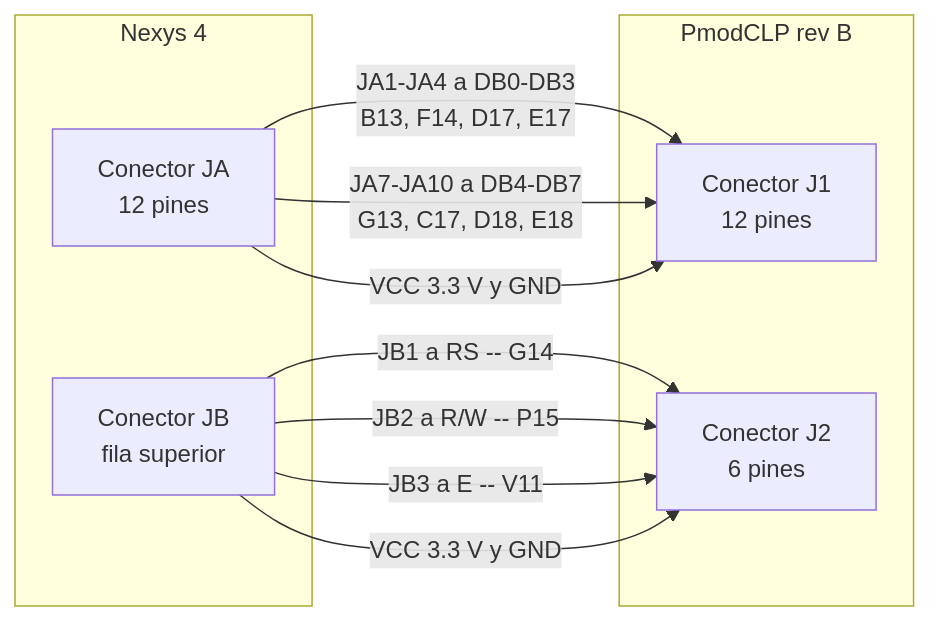
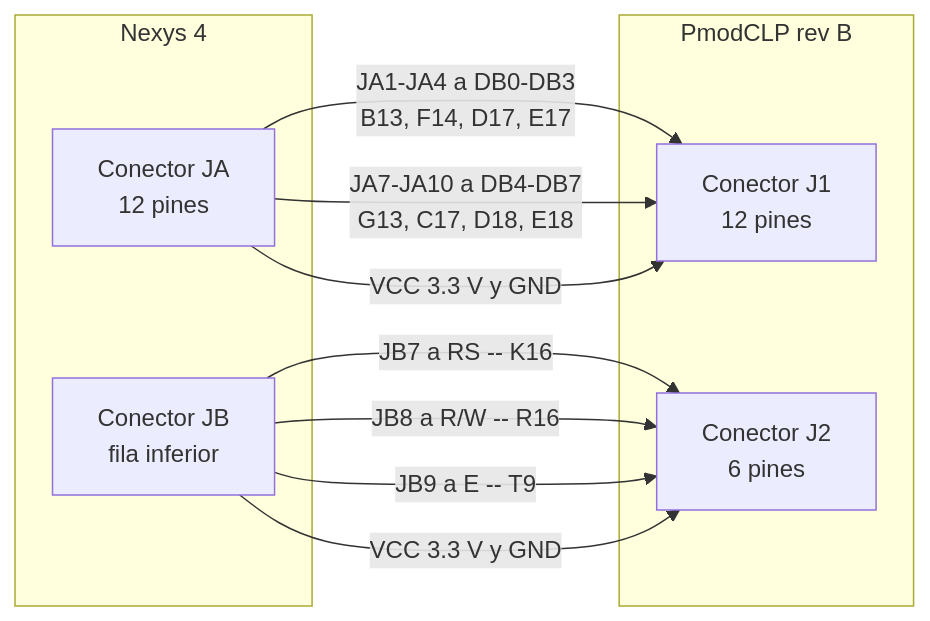
One commit to Jordis17/P2P changed the tenth of 15 diagrams in Ahorcado_juego_electrónico_FPGA_y_PC_por_enlace_serial/FPGA/DOCUMENTATION/planteamiento.md. Above: the diagram before and after it, drawn with Mermaid. The commit also changed other lines of this file and 2 other files, not shown here.

First line of the commit message:
fix(xdc): mover el control del LCD a la fila inferior del JB

````diff
--- a/Ahorcado_juego_electrónico_FPGA_y_PC_por_enlace_serial/FPGA/DOCUMENTATION/planteamiento.md
+++ b/Ahorcado_juego_electrónico_FPGA_y_PC_por_enlace_serial/FPGA/DOCUMENTATION/planteamiento.md
@@ -706,20 +706,20 @@
 ```mermaid
 flowchart LR
     subgraph NEXYS["Nexys 4"]
         JA["Conector JA<br/>12 pines"]
-        JB["Conector JB<br/>fila superior"]
+        JB["Conector JB<br/>fila inferior"]
     end
 
     subgraph PMOD["PmodCLP rev B"]
         J1["Conector J1<br/>12 pines"]
         J2["Conector J2<br/>6 pines"]
     end
 
     JA -->|"JA1-JA4 a DB0-DB3<br/>B13, F14, D17, E17"| J1
     JA -->|"JA7-JA10 a DB4-DB7<br/>G13, C17, D18, E18"| J1
-    JB -->|"JB1 a RS -- G14"| J2
-    JB -->|"JB2 a R/W -- P15"| J2
-    JB -->|"JB3 a E -- V11"| J2
+    JB -->|"JB7 a RS -- K16"| J2
+    JB -->|"JB8 a R/W -- R16"| J2
+    JB -->|"JB9 a E -- T9"| J2
     JA -->|"VCC 3.3 V y GND"| J1
     JB -->|"VCC 3.3 V y GND"| J2
 ```
````
